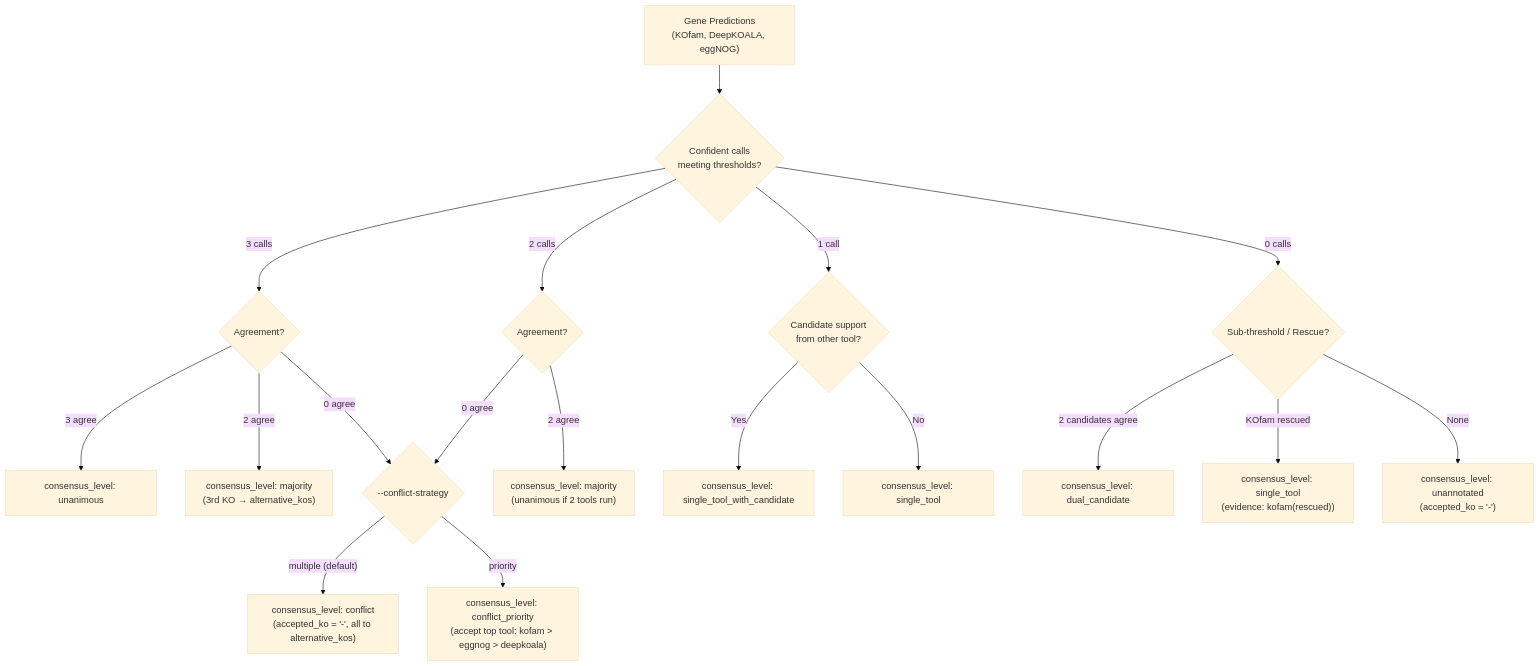
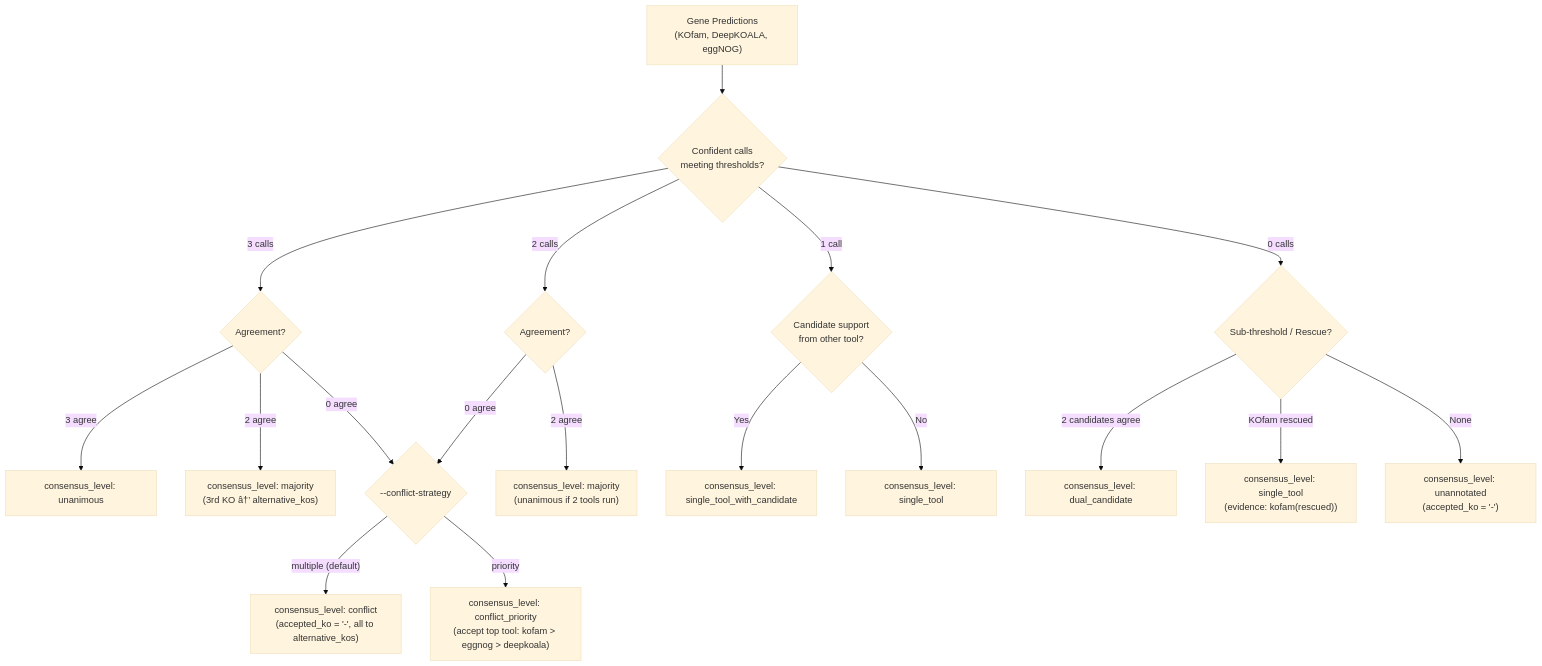
Before and after one commit to dylancronin/kolach: the diagram in README.md, drawn with Mermaid (base theme). The commit also changed 6 other files, not shown here.

````diff
--- a/README.md
+++ b/README.md
@@ -104,30 +104,30 @@
 ```mermaid
 flowchart TD
     Start["Gene Predictions<br/>(KOfam, DeepKOALA, eggNOG)"] --> Count{"Confident calls<br/>meeting thresholds?"}
 
     %% 3 calls
     Count -->|"3 calls"| C3{"Agreement?"}
     C3 -->|"3 agree"| Unanimous["consensus_level: unanimous"]
-    C3 -->|"2 agree"| Majority["consensus_level: majority<br/>(3rd KO → alternative_kos)"]
+    C3 -->|"2 agree"| Majority["consensus_level: majority<br/>(3rd KO â†’ alternative_kos)"]
     C3 -->|"0 agree"| Conflict{"--conflict-strategy"}
 
     %% 2 calls
     Count -->|"2 calls"| C2{"Agreement?"}
     C2 -->|"2 agree"| Maj2["consensus_level: majority<br/>(unanimous if 2 tools run)"]
     C2 -->|"0 agree"| Conflict
 
     %% Conflict resolution
     Conflict -->|"multiple (default)"| ConfM["consensus_level: conflict<br/>(accepted_ko = '-', all to alternative_kos)"]
     Conflict -->|"priority"| ConfP["consensus_level: conflict_priority<br/>(accept top tool: kofam > eggnog > deepkoala)"]
 
     %% 1 call
     Count -->|"1 call"| C1{"Candidate support<br/>from other tool?"}
     C1 -->|"Yes"| SingleCand["consensus_level: single_tool_with_candidate"]
     C1 -->|"No"| Single["consensus_level: single_tool"]
 
     %% 0 calls
     Count -->|"0 calls"| C0{"Sub-threshold / Rescue?"}
     C0 -->|"2 candidates agree"| DualCand["consensus_level: dual_candidate"]
     C0 -->|"KOfam rescued"| Rescued["consensus_level: single_tool<br/>(evidence: kofam(rescued))"]
     C0 -->|"None"| Unannotated["consensus_level: unannotated<br/>(accepted_ko = '-')"]
 ```
````
